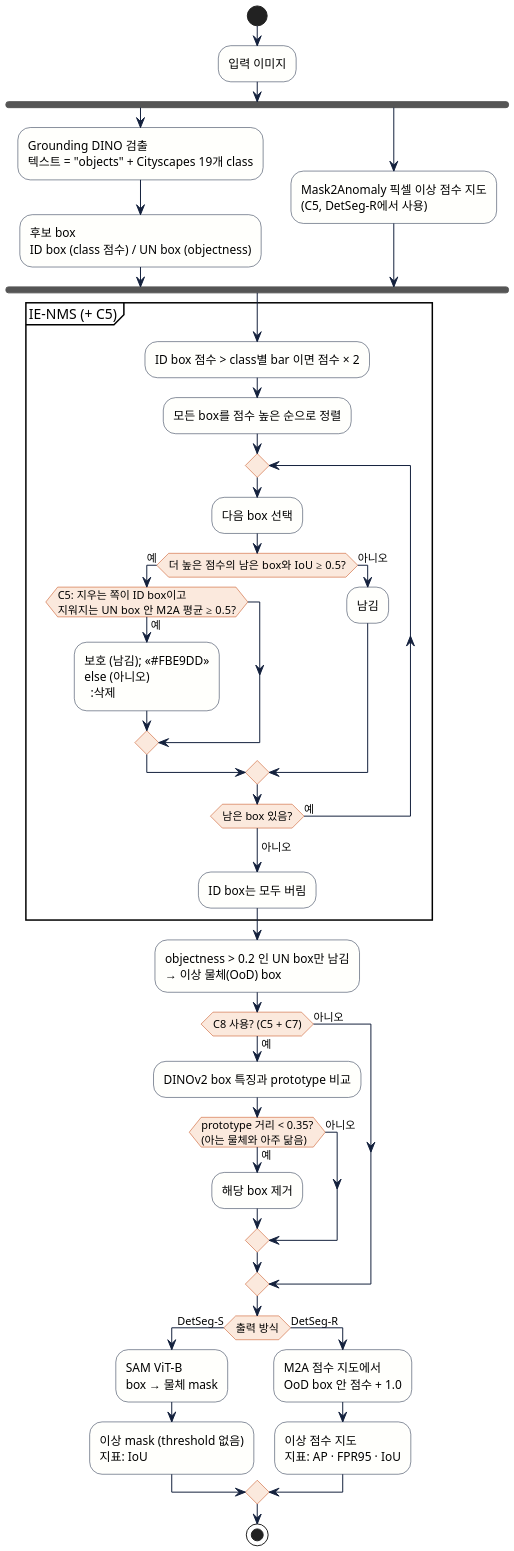
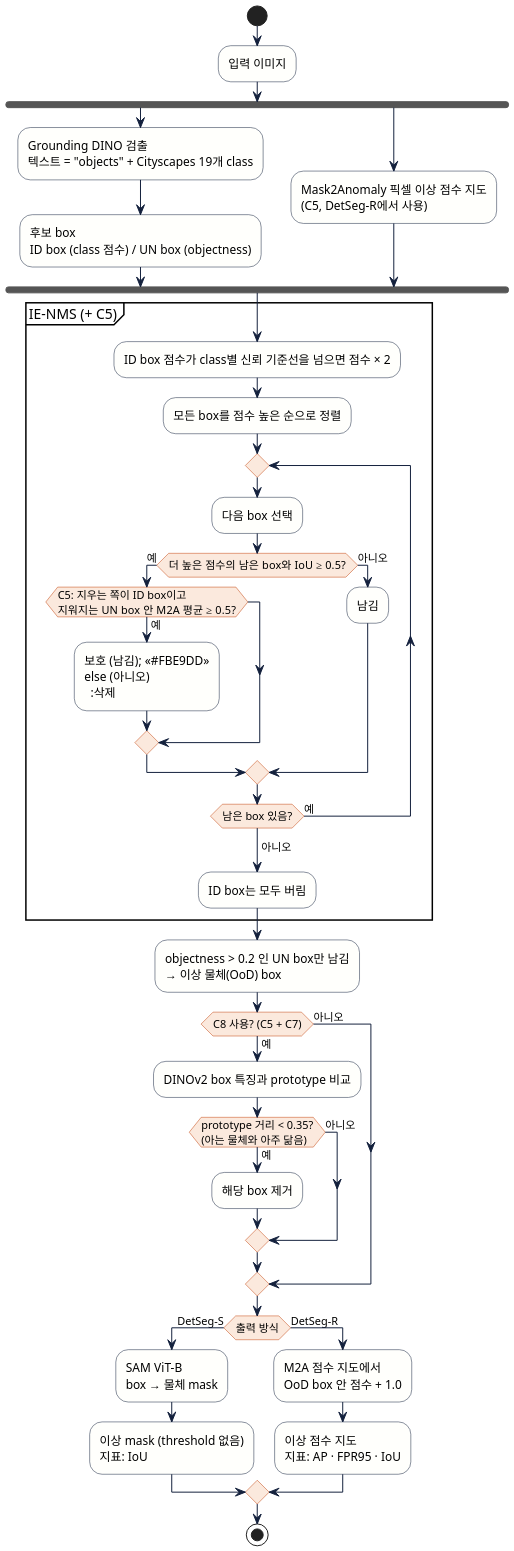
The diagram in docs/diagrams/pipeline_activity.puml (xowns0302/autonomous-driving-anomaly-segmentation), drawn with PlantUML before and after one commit. The commit also changed 11 other files, not shown here.

```diff
--- a/docs/diagrams/pipeline_activity.puml
+++ b/docs/diagrams/pipeline_activity.puml
@@ -1,69 +1,69 @@
 @startuml pipeline_activity
 ' UML 액티비티 다이어그램: 이미지 한 장의 처리 흐름 (C5 · C7 판단 포함)
 skinparam defaultFontName NanumGothic
 skinparam dpi 180
 skinparam shadowing false
 skinparam ArrowColor #14213D
 skinparam activity {
   BackgroundColor #FFFFFC
   BorderColor #14213D
   DiamondBackgroundColor #FBE9DD
   DiamondBorderColor #C2410C
 }
 
 start
 :입력 이미지;
 fork
   :Grounding DINO 검출
   텍스트 = "objects" + Cityscapes 19개 class;
   :후보 box
   ID box (class 점수) / UN box (objectness);
 fork again
   :Mask2Anomaly 픽셀 이상 점수 지도
   (C5, DetSeg-R에서 사용);
 end fork
 
 partition "IE-NMS (+ C5)" {
-  :ID box 점수 > class별 bar 이면 점수 × 2;
+  :ID box 점수가 class별 신뢰 기준선을 넘으면 점수 × 2;
   :모든 box를 점수 높은 순으로 정렬;
   repeat
     :다음 box 선택;
     if (더 높은 점수의 남은 box와 IoU ≥ 0.5?) then (예)
       if (C5: 지우는 쪽이 ID box이고\n지워지는 UN box 안 M2A 평균 ≥ 0.5?) then (예)
         :보호 (남김); <<#FBE9DD>>
       else (아니오)
         :삭제;
       endif
     else (아니오)
       :남김;
     endif
   repeat while (남은 box 있음?) is (예)
   ->아니오;
   :ID box는 모두 버림;
 }
 
 :objectness > 0.2 인 UN box만 남김
 → 이상 물체(OoD) box;
 
 if (C8 사용? (C5 + C7)) then (예)
   :DINOv2 box 특징과 prototype 비교;
   if (prototype 거리 < 0.35?\n(아는 물체와 아주 닮음)) then (예)
     :해당 box 제거;
   else (아니오)
   endif
 else (아니오)
 endif
 
 if (출력 방식) then (DetSeg-S)
   :SAM ViT-B
   box → 물체 mask;
   :이상 mask (threshold 없음)
   지표: IoU;
 else (DetSeg-R)
   :M2A 점수 지도에서
   OoD box 안 점수 + 1.0;
   :이상 점수 지도
   지표: AP · FPR95 · IoU;
 endif
 stop
 @enduml
```
